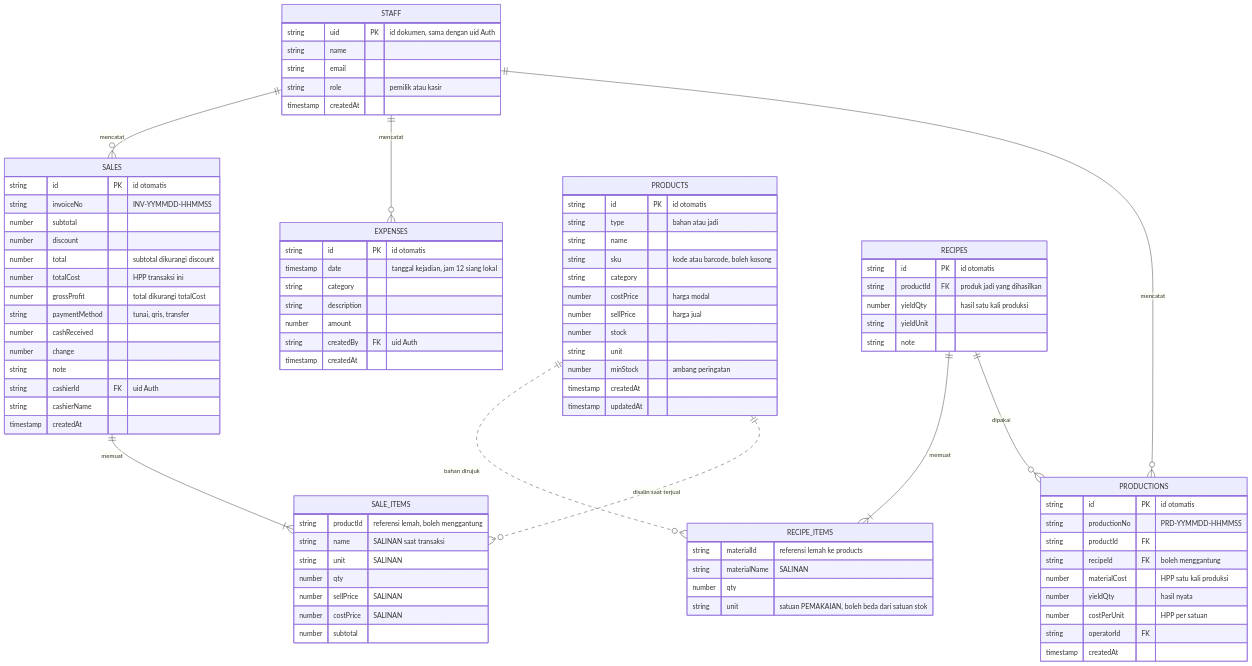
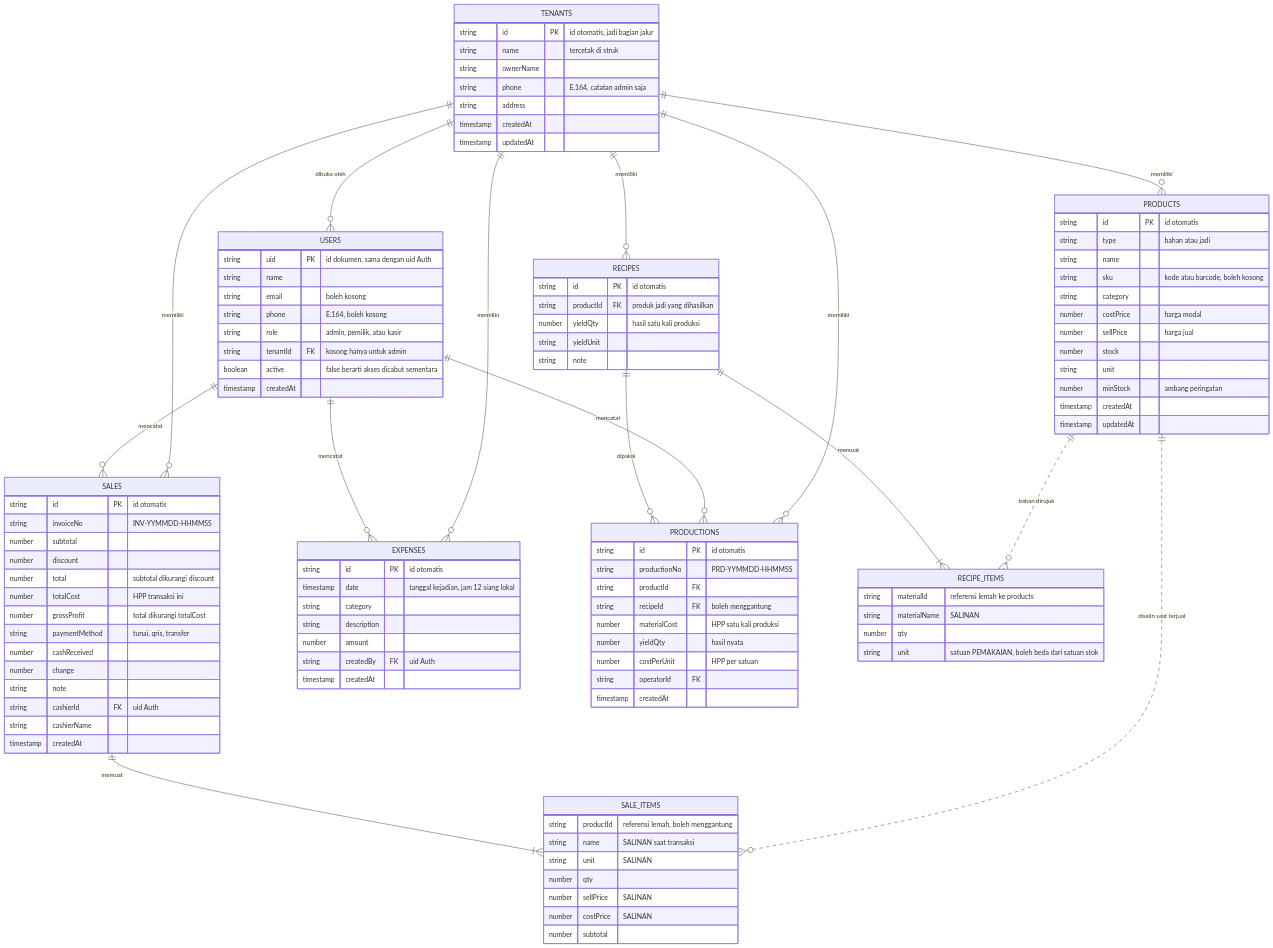
Before and after one commit to nadhimc/simple-pos-kkn-agung: the first of 3 diagrams in docs/model-data.md, drawn with Mermaid. The commit also changed other lines of this file and 10 other files, not shown here.

````diff
--- a/docs/model-data.md
+++ b/docs/model-data.md
@@ -13,19 +28,38 @@
 ```mermaid
 erDiagram
-  STAFF ||--o{ SALES : "mencatat"
-  STAFF ||--o{ EXPENSES : "mencatat"
-  STAFF ||--o{ PRODUCTIONS : "mencatat"
+  TENANTS ||--o{ USERS : "dibuka oleh"
+  TENANTS ||--o{ PRODUCTS : "memiliki"
+  TENANTS ||--o{ SALES : "memiliki"
+  TENANTS ||--o{ EXPENSES : "memiliki"
+  TENANTS ||--o{ RECIPES : "memiliki"
+  TENANTS ||--o{ PRODUCTIONS : "memiliki"
+  USERS ||--o{ SALES : "mencatat"
+  USERS ||--o{ EXPENSES : "mencatat"
+  USERS ||--o{ PRODUCTIONS : "mencatat"
   PRODUCTS ||..o{ RECIPE_ITEMS : "bahan dirujuk"
   RECIPES ||--|{ RECIPE_ITEMS : "memuat"
   RECIPES ||--o{ PRODUCTIONS : "dipakai"
   PRODUCTS ||..o{ SALE_ITEMS : "disalin saat terjual"
   SALES ||--|{ SALE_ITEMS : "memuat"
 
-  STAFF {
+  TENANTS {
+    string id PK "id otomatis, jadi bagian jalur"
+    string name "tercetak di struk"
+    string ownerName
+    string phone "E.164, catatan admin saja"
+    string address
+    timestamp createdAt
+    timestamp updatedAt
+  }
+
+  USERS {
     string uid PK "id dokumen, sama dengan uid Auth"
     string name
-    string email
-    string role "pemilik atau kasir"
+    string email "boleh kosong"
+    string phone "E.164, boleh kosong"
+    string role "admin, pemilik, atau kasir"
+    string tenantId FK "kosong hanya untuk admin"
+    boolean active "false berarti akses dicabut sementara"
     timestamp createdAt
   }
 
````
